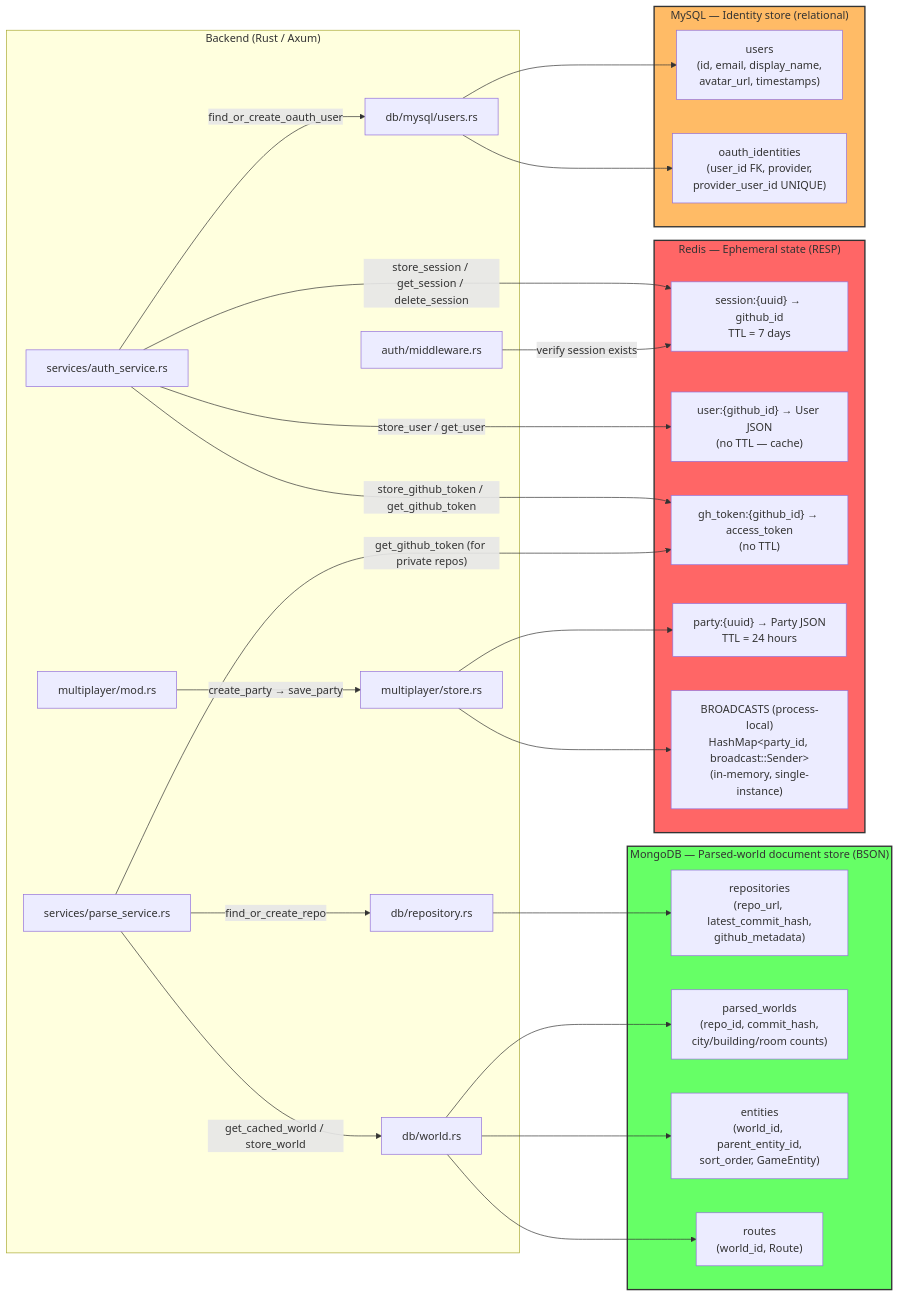
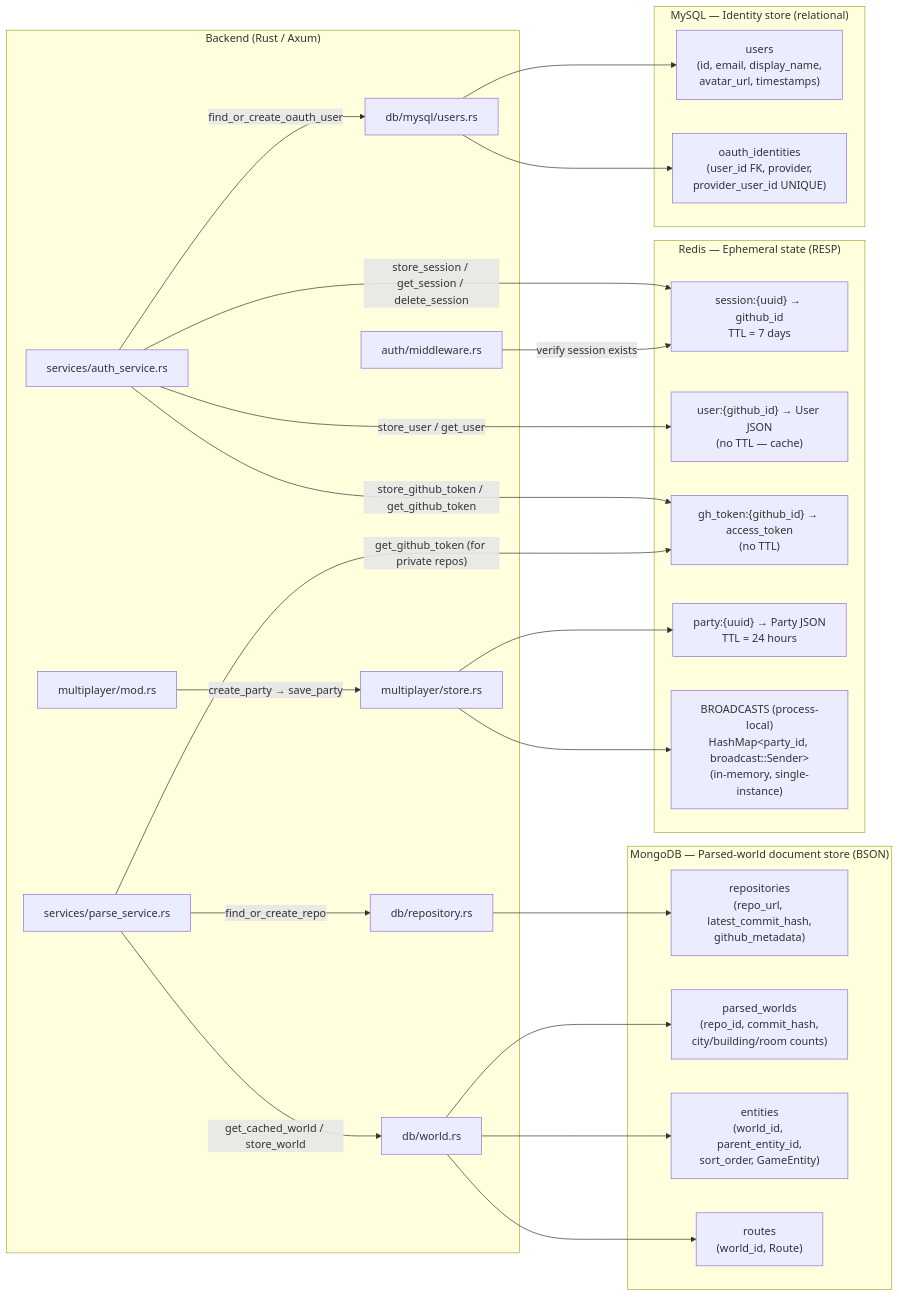
The seventh of 10 diagrams in diagrams/architecture.md (Not-Buddy/nilsbohr), drawn with Mermaid before and after one commit. The commit also changed other lines of this file and 1 other file, not shown here.

Commit message:
fix to diagrams

````diff
--- a/diagrams/architecture.md
+++ b/diagrams/architecture.md
@@ -571,60 +537,57 @@
 ```mermaid
 graph LR
     subgraph Backend["Backend (Rust / Axum)"]
         AuthMiddleware["auth/middleware.rs"]
         AuthService["services/auth_service.rs"]
         ParseService["services/parse_service.rs"]
         MultiHandler["multiplayer/mod.rs"]
         MultiStore["multiplayer/store.rs"]
         UsersQuery["db/mysql/users.rs"]
         WorldDB["db/world.rs"]
         RepoDB["db/repository.rs"]
     end
 
     subgraph MySQLDB["MySQL — Identity store (relational)"]
         UsersTable["users<br/>(id, email, display_name,<br/>avatar_url, timestamps)"]
         OAuthTable["oauth_identities<br/>(user_id FK, provider,<br/>provider_user_id UNIQUE)"]
     end
 
     subgraph Mongo["MongoDB — Parsed-world document store (BSON)"]
         Repos["repositories<br/>(repo_url, latest_commit_hash,<br/>github_metadata)"]
         Worlds["parsed_worlds<br/>(repo_id, commit_hash,<br/>city/building/room counts)"]
         Entities["entities<br/>(world_id, parent_entity_id,<br/>sort_order, GameEntity)"]
         RoutesCol["routes<br/>(world_id, Route)"]
     end
 
     subgraph RedisDB["Redis — Ephemeral state (RESP)"]
         SessionKeys["session:{uuid} → github_id<br/>TTL = 7 days"]
         UserKeys["user:{github_id} → User JSON<br/>(no TTL — cache)"]
         GhTokenKeys["gh_token:{github_id} → access_token<br/>(no TTL)"]
         PartyKeys["party:{uuid} → Party JSON<br/>TTL = 24 hours"]
         BroadcastMap["BROADCASTS (process-local)<br/>HashMap&lt;party_id, broadcast::Sender&gt;<br/>(in-memory, single-instance)"]
     end
 
     %% MySQL connections
     AuthService -->|"find_or_create_oauth_user"| UsersQuery
     UsersQuery --> UsersTable
     UsersQuery --> OAuthTable
 
     %% MongoDB connections
     ParseService -->|"find_or_create_repo"| RepoDB
     ParseService -->|"get_cached_world / store_world"| WorldDB
     RepoDB --> Repos
     WorldDB --> Worlds
     WorldDB --> Entities
     WorldDB --> RoutesCol
 
     %% Redis connections
     AuthService -->|"store_user / get_user"| UserKeys
     AuthService -->|"store_session / get_session / delete_session"| SessionKeys
     AuthService -->|"store_github_token / get_github_token"| GhTokenKeys
     AuthMiddleware -->|"verify session exists"| SessionKeys
     ParseService -->|"get_github_token (for private repos)"| GhTokenKeys
     MultiHandler -->|"create_party → save_party"| MultiStore
     MultiStore --> PartyKeys
     MultiStore --> BroadcastMap
 
-    style MySQLDB fill:#fb6,stroke:#333,stroke-width:2px
-    style Mongo fill:#6f6,stroke:#333,stroke-width:2px
-    style RedisDB fill:#f66,stroke:#333,stroke-width:2px
 ```
````
